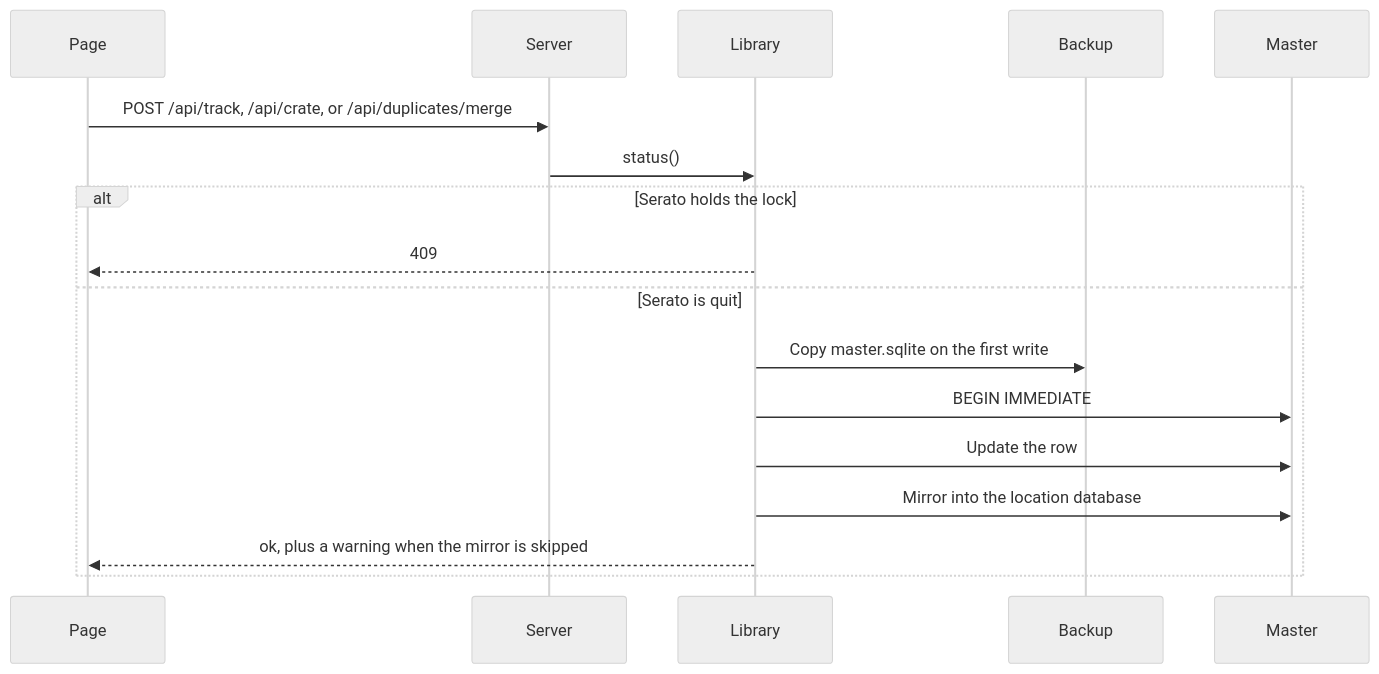
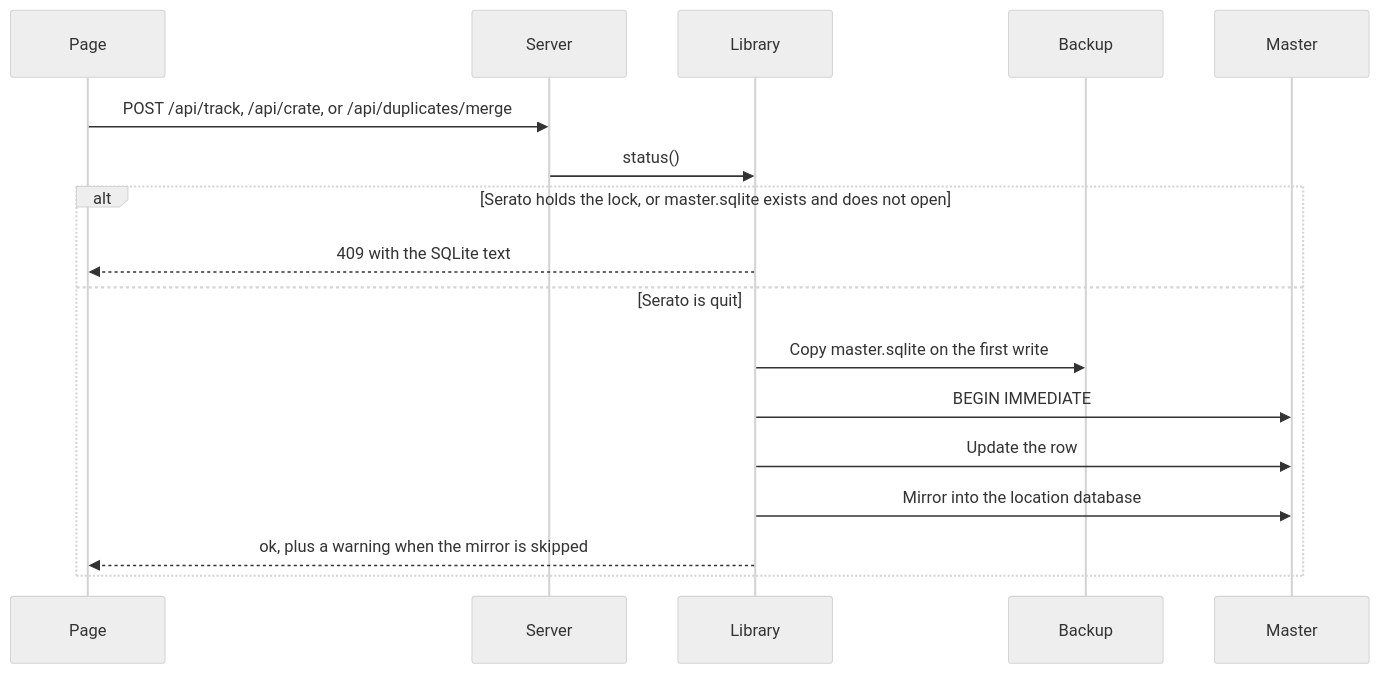
The second of 2 diagrams in docs/architecture.md (mookiejones/serato-library-manager), drawn with Mermaid (neutral theme) before and after one commit. The commit also changed other lines of this file and 3 other files, not shown here.

First line of the commit message:
Treat a failed master.sqlite open as Serato running (#90, part 2)

````diff
--- a/docs/architecture.md
+++ b/docs/architecture.md
@@ -320,20 +320,20 @@
 ```mermaid
 sequenceDiagram
 participant Page
 participant Server
 participant Library
 participant Backup
 participant Master
 
 Page->>Server: POST /api/track, /api/crate, or /api/duplicates/merge
 Server->>Library: status()
-alt Serato holds the lock
-Library-->>Page: 409
+alt Serato holds the lock, or master.sqlite exists and does not open
+Library-->>Page: 409 with the SQLite text
 else Serato is quit
 Library->>Backup: Copy master.sqlite on the first write
 Library->>Master: BEGIN IMMEDIATE
 Library->>Master: Update the row
 Library->>Master: Mirror into the location database
 Library-->>Page: ok, plus a warning when the mirror is skipped
 end
 ```
````
